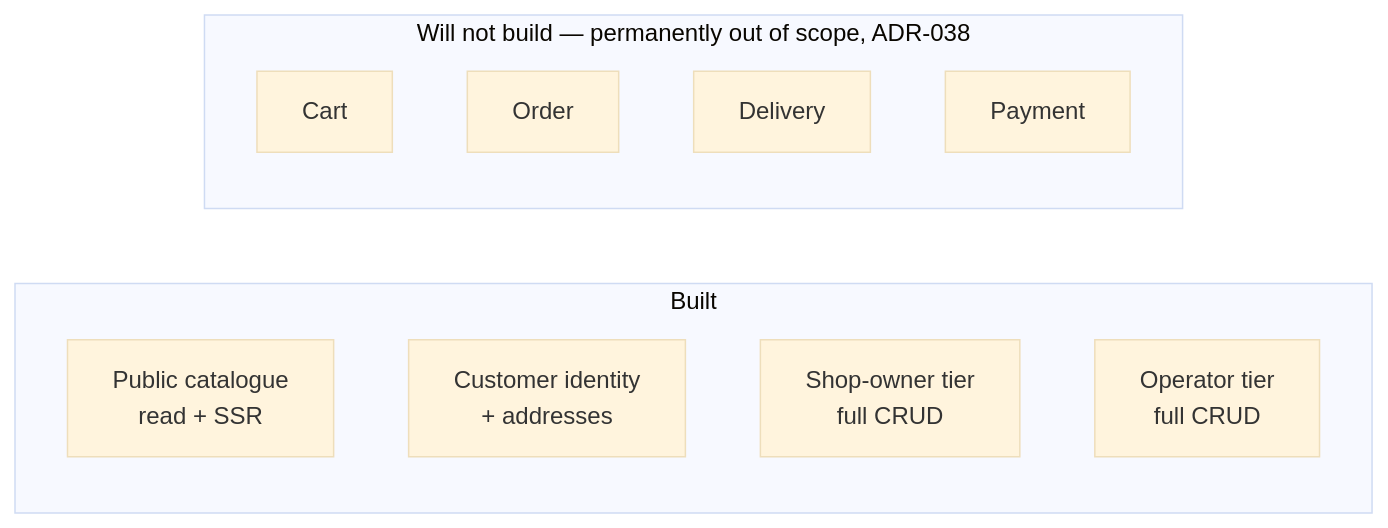
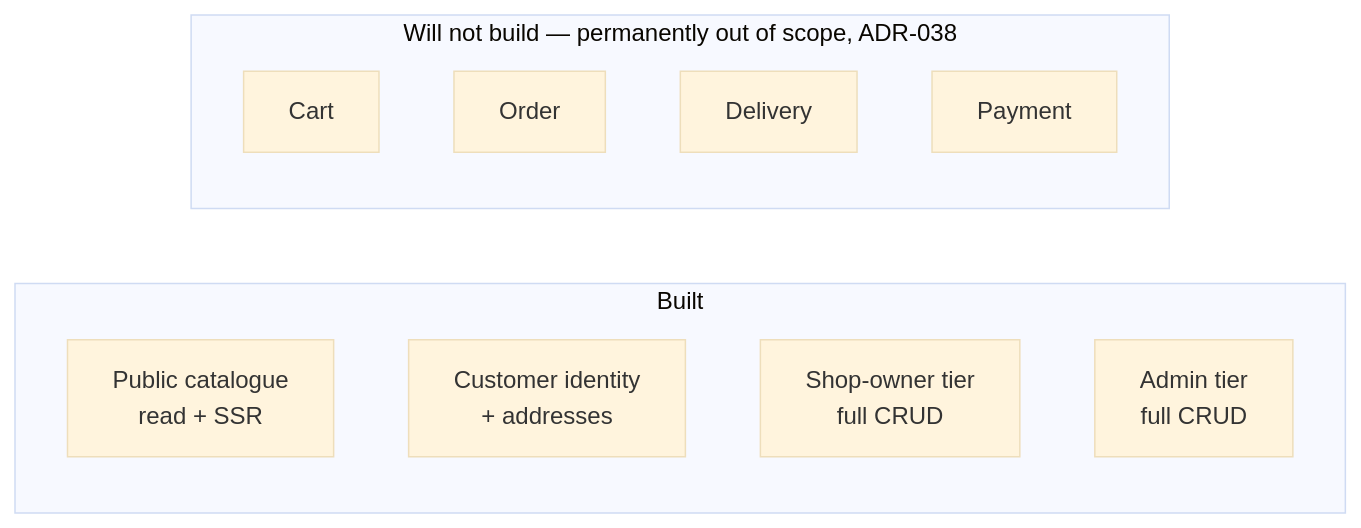
Before and after one commit to Axiumine/fullstack-marketplace-blueprint: the first of 2 diagrams in docs/devprotocol/phase1/PDR.md, drawn with Mermaid (base theme). The commit also changed other lines of this file and 68 other files, not shown here.

First line of the commit message:
refactor: the word "operator" is gone — the role is "admin"

````diff
--- a/docs/devprotocol/phase1/PDR.md
+++ b/docs/devprotocol/phase1/PDR.md
@@ -39,15 +39,15 @@
 ```mermaid
 graph LR
   subgraph Built [Built]
     A[Public catalogue<br/>read + SSR]
     B[Customer identity<br/>+ addresses]
     C[Shop-owner tier<br/>full CRUD]
-    D[Operator tier<br/>full CRUD]
+    D[Admin tier<br/>full CRUD]
   end
   subgraph OutOfScope [Will not build — permanently out of scope, ADR-038]
     E[Cart]
     F[Order]
     G[Delivery]
     H[Payment]
   end
 ```
````
